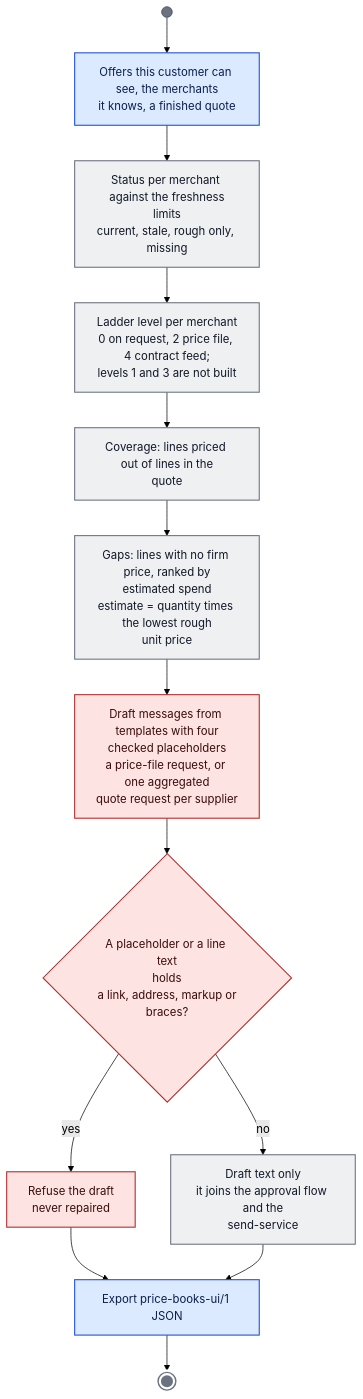
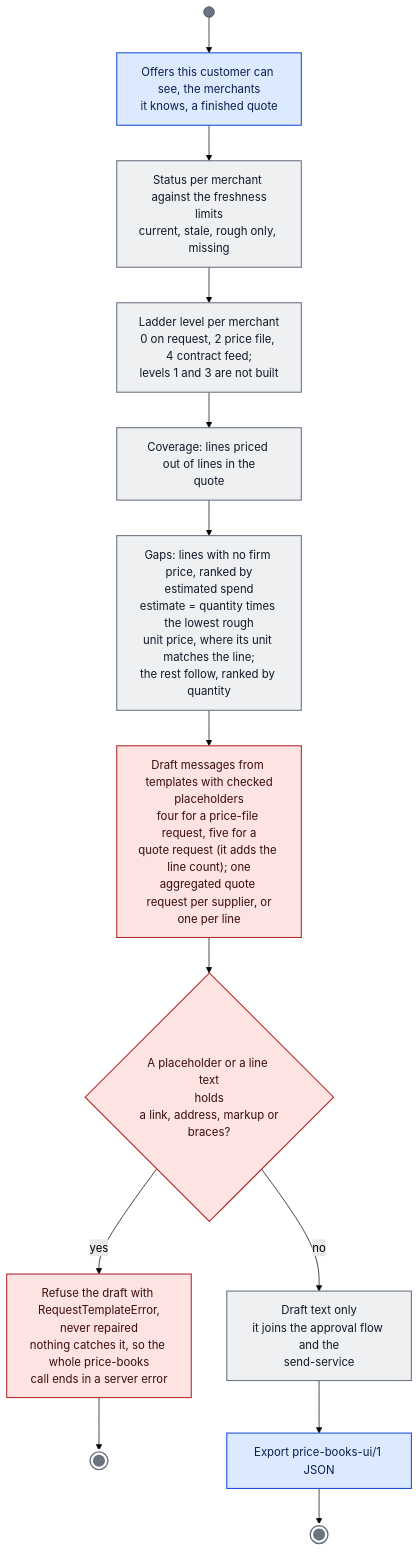
Before and after one commit to emre-akarsu/ai-commerce-ideas: diagram 23 of 33 in docs/architecture/activity-diagrams.md, drawn with Mermaid (forest theme). The commit also changed other lines of this file, not shown here.

First line of the commit message:
docs: correct the activity diagrams after an independent fact-check of the remaining modules and optimizations

````diff
--- a/docs/architecture/activity-diagrams.md
+++ b/docs/architecture/activity-diagrams.md
@@ -853,23 +889,23 @@
 ```mermaid
 flowchart TB
 classDef human fill:#ffe9b3,stroke:#8a5a00,color:#2a1c00,stroke-width:1.5px
 classDef rule fill:#eef0f2,stroke:#6b7280,color:#111827,stroke-width:1.5px
 classDef ai fill:#e9e3ff,stroke:#5b3fc4,color:#1e1050,stroke-width:2.5px,stroke-dasharray:6 4
 classDef opt fill:#d8f3e4,stroke:#1b7a4a,color:#0b2e1b,stroke-width:1.5px
 classDef gate fill:#fde3e1,stroke:#b02b2b,color:#3a0d0d,stroke-width:1.5px
 classDef data fill:#dbeafe,stroke:#1d4ed8,color:#0b1f4d,stroke-width:1.5px
 classDef bar fill:#6b7280,stroke:#374151,color:#ffffff
 classDef fin fill:#6b7280,stroke:#ffffff,color:#ffffff,stroke-width:3px
 S((" ")):::bar --> b1["Offers this customer can see, the merchants<br/>it knows, a finished quote"]:::data
 b1 --> b2["Status per merchant against the freshness<br/>limits<br/>current, stale, rough only, missing"]:::rule
 b2 --> b3["Ladder level per merchant<br/>0 on request, 2 price file, 4 contract feed;<br/>levels 1 and 3 are not built"]:::rule
 b3 --> b4["Coverage: lines priced out of lines in the<br/>quote"]:::rule
-b4 --> b5["Gaps: lines with no firm price, ranked by<br/>estimated spend<br/>estimate = quantity times the lowest rough<br/>unit price"]:::rule
-b5 --> b6["Draft messages from templates with four<br/>checked placeholders<br/>a price-file request, or one aggregated<br/>quote request per supplier"]:::gate
+b4 --> b5["Gaps: lines with no firm price, ranked by<br/>estimated spend<br/>estimate = quantity times the lowest rough<br/>unit price, where its unit matches the line;<br/>the rest follow, ranked by quantity"]:::rule
+b5 --> b6["Draft messages from templates with checked<br/>placeholders<br/>four for a price-file request, five for a<br/>quote request (it adds the line count); one<br/>aggregated quote request per supplier, or<br/>one per line"]:::gate
 b6 --> d1{"A placeholder or a line text<br/>holds<br/>a link, address, markup or<br/>braces?"}:::gate
-d1 -->|"yes"| b7["Refuse the draft<br/>never repaired"]:::gate
+d1 -->|"yes"| b7["Refuse the draft with RequestTemplateError,<br/>never repaired<br/>nothing catches it, so the whole price-books<br/>call ends in a server error"]:::gate
+b7 --> E1(((" "))):::fin
 d1 -->|"no"| b8["Draft text only<br/>it joins the approval flow and the<br/>send-service"]:::rule
-b7 --> b9
 b8 --> b9["Export price-books-ui/1 JSON"]:::data
-b9 --> E(((" "))):::fin
+b9 --> E2(((" "))):::fin
 ```
````
